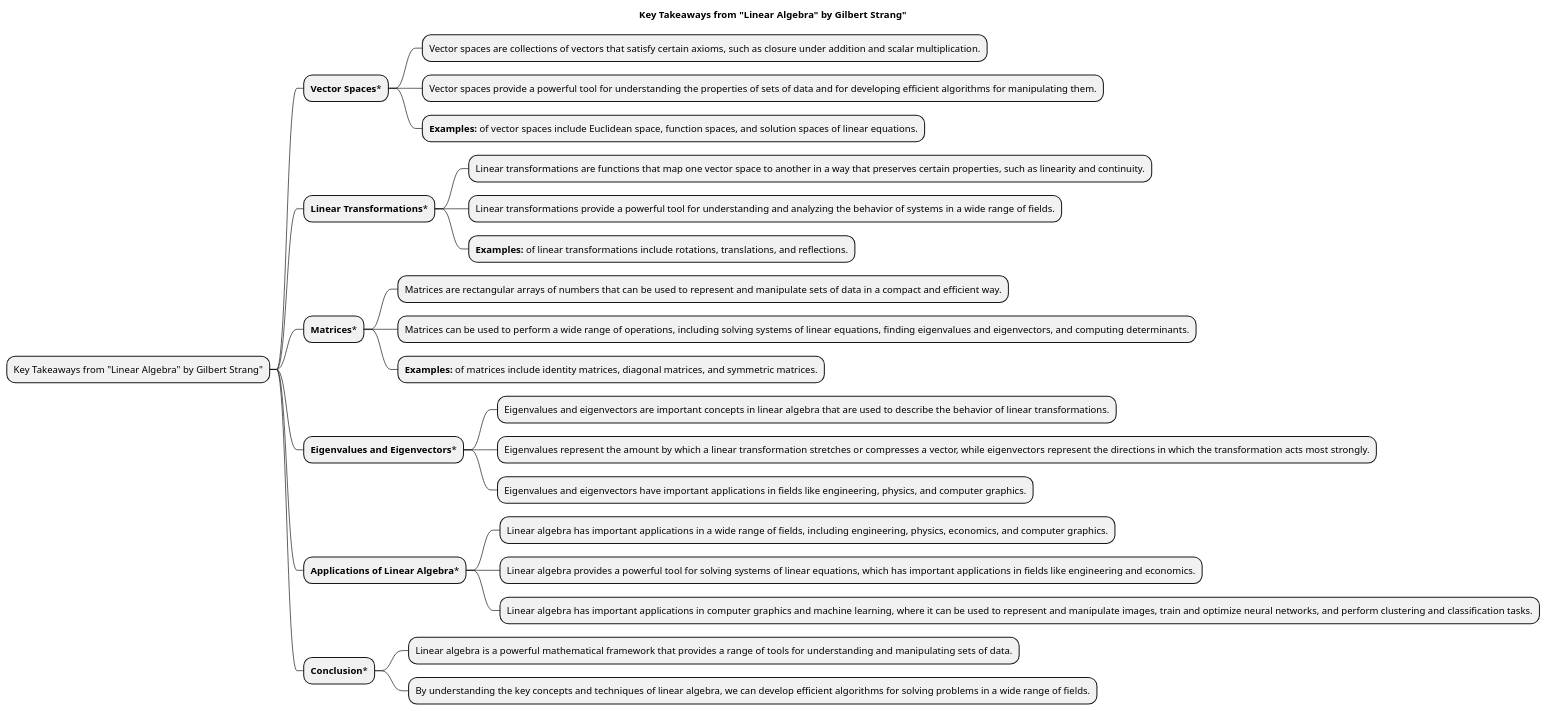
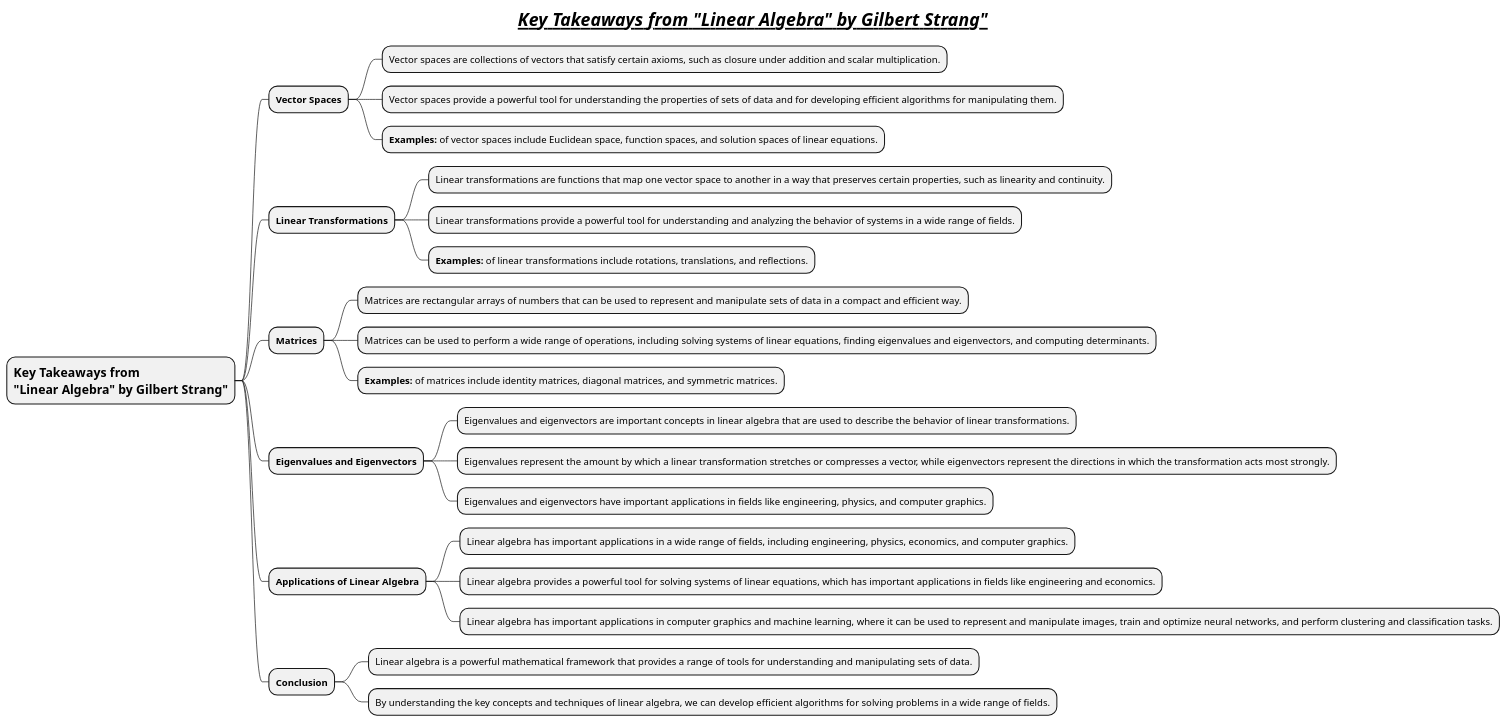
One commit to MehmoodHashmi/Documentation-as-Code-DaC changed the diagram in docs/books/1-books-backlog/mathematics/linear-algebra.puml. Above: the diagram before and after it, drawn with PlantUML. The commit also changed 48 other files, not shown here.

```diff
--- a/docs/books/1-books-backlog/mathematics/linear-algebra.puml
+++ b/docs/books/1-books-backlog/mathematics/linear-algebra.puml
@@ -1,34 +1,34 @@
 @startmindmap
-title **Key Takeaways from "Linear Algebra" by Gilbert Strang"**
+title =//__Key Takeaways from "Linear Algebra" by Gilbert Strang"__//
 
-* Key Takeaways from "Linear Algebra" by Gilbert Strang"
+* =Key Takeaways from \n="Linear Algebra" by Gilbert Strang"
 
-** **Vector Spaces***
+** **Vector Spaces**
 *** Vector spaces are collections of vectors that satisfy certain axioms, such as closure under addition and scalar multiplication.
 *** Vector spaces provide a powerful tool for understanding the properties of sets of data and for developing efficient algorithms for manipulating them.
 *** **Examples:** of vector spaces include Euclidean space, function spaces, and solution spaces of linear equations.
 
-** **Linear Transformations***
+** **Linear Transformations**
 *** Linear transformations are functions that map one vector space to another in a way that preserves certain properties, such as linearity and continuity.
 *** Linear transformations provide a powerful tool for understanding and analyzing the behavior of systems in a wide range of fields.
 *** **Examples:** of linear transformations include rotations, translations, and reflections.
 
-** **Matrices***
+** **Matrices**
 *** Matrices are rectangular arrays of numbers that can be used to represent and manipulate sets of data in a compact and efficient way.
 *** Matrices can be used to perform a wide range of operations, including solving systems of linear equations, finding eigenvalues and eigenvectors, and computing determinants.
 *** **Examples:** of matrices include identity matrices, diagonal matrices, and symmetric matrices.
 
-** **Eigenvalues and Eigenvectors***
+** **Eigenvalues and Eigenvectors**
 *** Eigenvalues and eigenvectors are important concepts in linear algebra that are used to describe the behavior of linear transformations.
 *** Eigenvalues represent the amount by which a linear transformation stretches or compresses a vector, while eigenvectors represent the directions in which the transformation acts most strongly.
 *** Eigenvalues and eigenvectors have important applications in fields like engineering, physics, and computer graphics.
 
-** **Applications of Linear Algebra***
+** **Applications of Linear Algebra**
 *** Linear algebra has important applications in a wide range of fields, including engineering, physics, economics, and computer graphics.
 *** Linear algebra provides a powerful tool for solving systems of linear equations, which has important applications in fields like engineering and economics.
 *** Linear algebra has important applications in computer graphics and machine learning, where it can be used to represent and manipulate images, train and optimize neural networks, and perform clustering and classification tasks.
 
-** **Conclusion***
+** **Conclusion**
 *** Linear algebra is a powerful mathematical framework that provides a range of tools for understanding and manipulating sets of data.
 *** By understanding the key concepts and techniques of linear algebra, we can develop efficient algorithms for solving problems in a wide range of fields.
 @endmindmap
```
